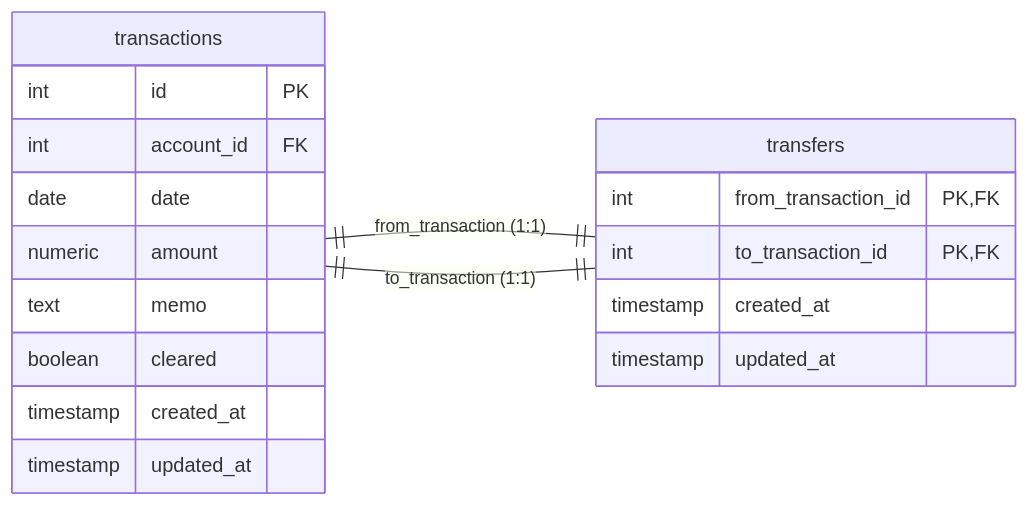
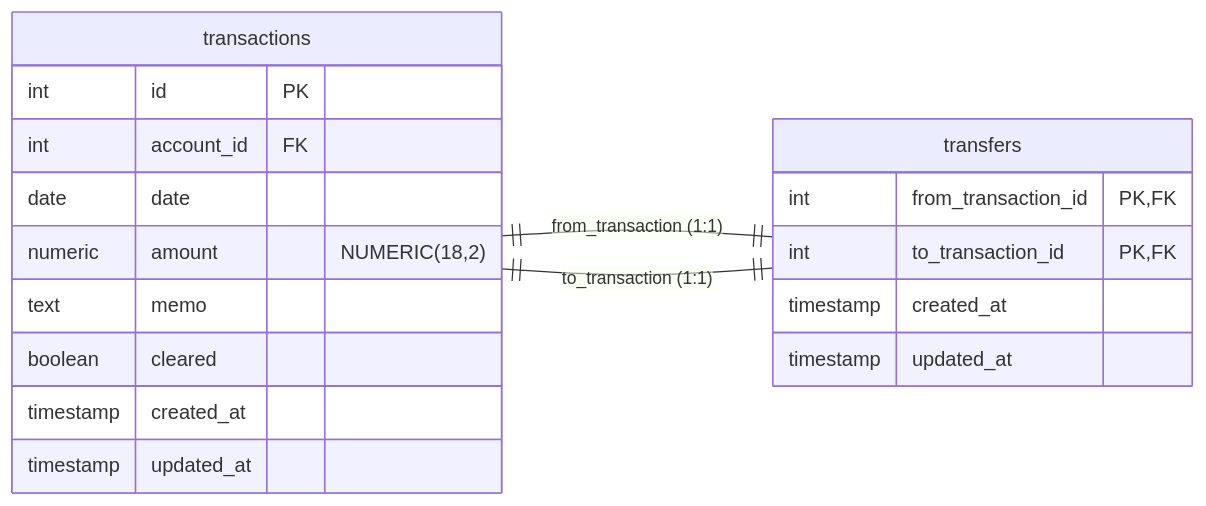
The eighth of 11 diagrams in database/docs/table_relationships.md (tiagopaispereira/ledger-to-invest), drawn with Mermaid before and after one commit. The commit also changed other lines of this file, not shown here.

````diff
--- a/database/docs/table_relationships.md
+++ b/database/docs/table_relationships.md
@@ -517,24 +479,24 @@
 ```mermaid
 erDiagram
     direction LR
     transactions {
         int id PK
         int account_id FK
         date date
-        numeric amount
+        numeric amount "NUMERIC(18,2)"
         text memo
         boolean cleared
         timestamp created_at
         timestamp updated_at
     }
 
     transfers {
         int from_transaction_id PK, FK
         int to_transaction_id PK, FK
         timestamp created_at
         timestamp updated_at
     }
     
     transactions ||--|| transfers : "from_transaction (1:1)"
     transactions ||--|| transfers : "to_transaction (1:1)"
 ```
````
